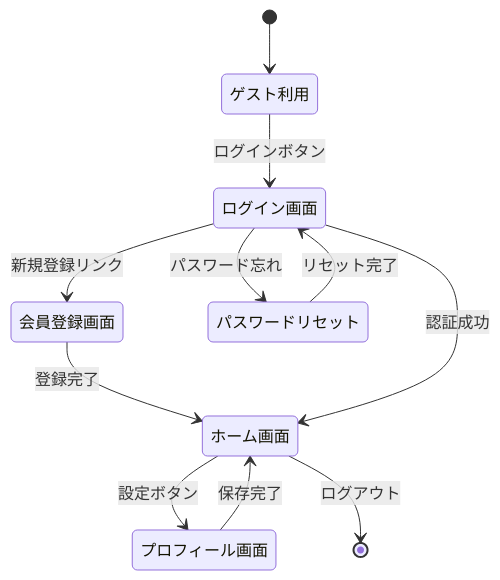
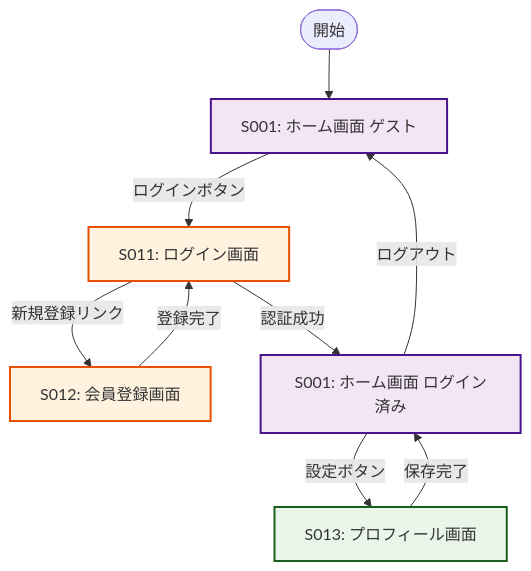
The third of 3 diagrams in docs/02_functions/screen_flow.md (taichi0373/kumamoto-henno-map), drawn with Mermaid before and after one commit. The commit also changed other lines of this file and 3 other files, not shown here.

````diff
--- a/docs/02_functions/screen_flow.md
+++ b/docs/02_functions/screen_flow.md
@@ -98,13 +52,19 @@
 ```mermaid
-stateDiagram-v2
-    [*] --> ゲスト利用
-    ゲスト利用 --> ログイン画面 : ログインボタン
-    ログイン画面 --> 会員登録画面 : 新規登録リンク
-    会員登録画面 --> ホーム画面 : 登録完了
-    ログイン画面 --> ホーム画面 : 認証成功
-    ログイン画面 --> パスワードリセット : パスワード忘れ
-    パスワードリセット --> ログイン画面 : リセット完了
-    ホーム画面 --> プロフィール画面 : 設定ボタン
-    プロフィール画面 --> ホーム画面 : 保存完了
-    ホーム画面 --> [*] : ログアウト
+graph TD
+    Start([開始]) --> Home[S001: ホーム画面 ゲスト]
+    Home -- ログインボタン --> Login[S011: ログイン画面]
+    Login -- 新規登録リンク --> Signup[S012: 会員登録画面]
+    Signup -- 登録完了 --> Login
+    Login -- 認証成功 --> HomeAuth[S001: ホーム画面 ログイン済み]
+    HomeAuth -- 設定ボタン --> Profile[S013: プロフィール画面]
+    Profile -- 保存完了 --> HomeAuth
+    HomeAuth -- ログアウト --> Home
+
+    classDef mainStyle fill:#f3e5f5,stroke:#4a148c,stroke-width:2px
+    classDef authStyle fill:#fff3e0,stroke:#e65100,stroke-width:2px
+    classDef userStyle fill:#e8f5e8,stroke:#1b5e20,stroke-width:2px
+
+    class Home,HomeAuth mainStyle
+    class Login,Signup authStyle
+    class Profile userStyle
 ```
````
